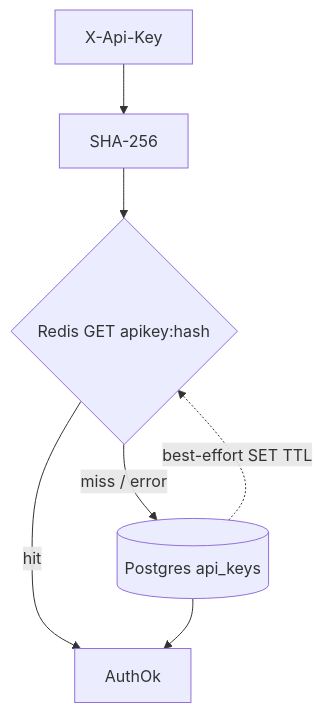
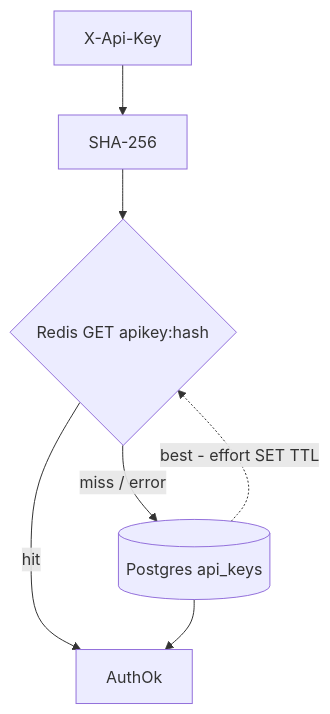
The second of 2 diagrams in module_api_keys.md (IOSHED/KKRCH.RU), drawn with Mermaid before and after one commit. The commit also changed other lines of this file and 5 other files, not shown here.

````diff
--- a/module_api_keys.md
+++ b/module_api_keys.md
@@ -182,9 +181,9 @@
 ```mermaid
 flowchart TD
     Req[X-Api-Key] --> H[SHA-256]
     H --> R{Redis GET apikey:hash}
     R -->|hit| OK[AuthOk]
     R -->|miss / error| PG[(Postgres api_keys)]
     PG --> OK
-    PG -.->|best-effort SET TTL| R
+    PG -.->|best - effort SET TTL| R
 ```
````
